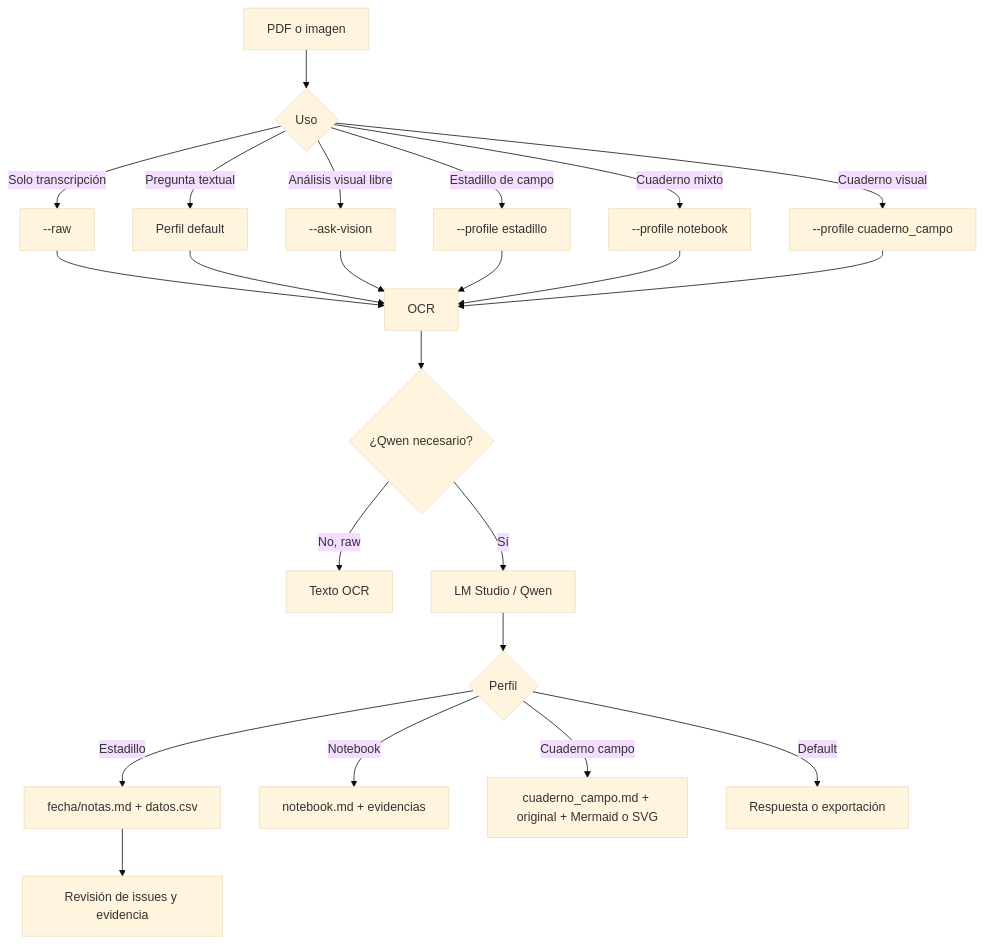
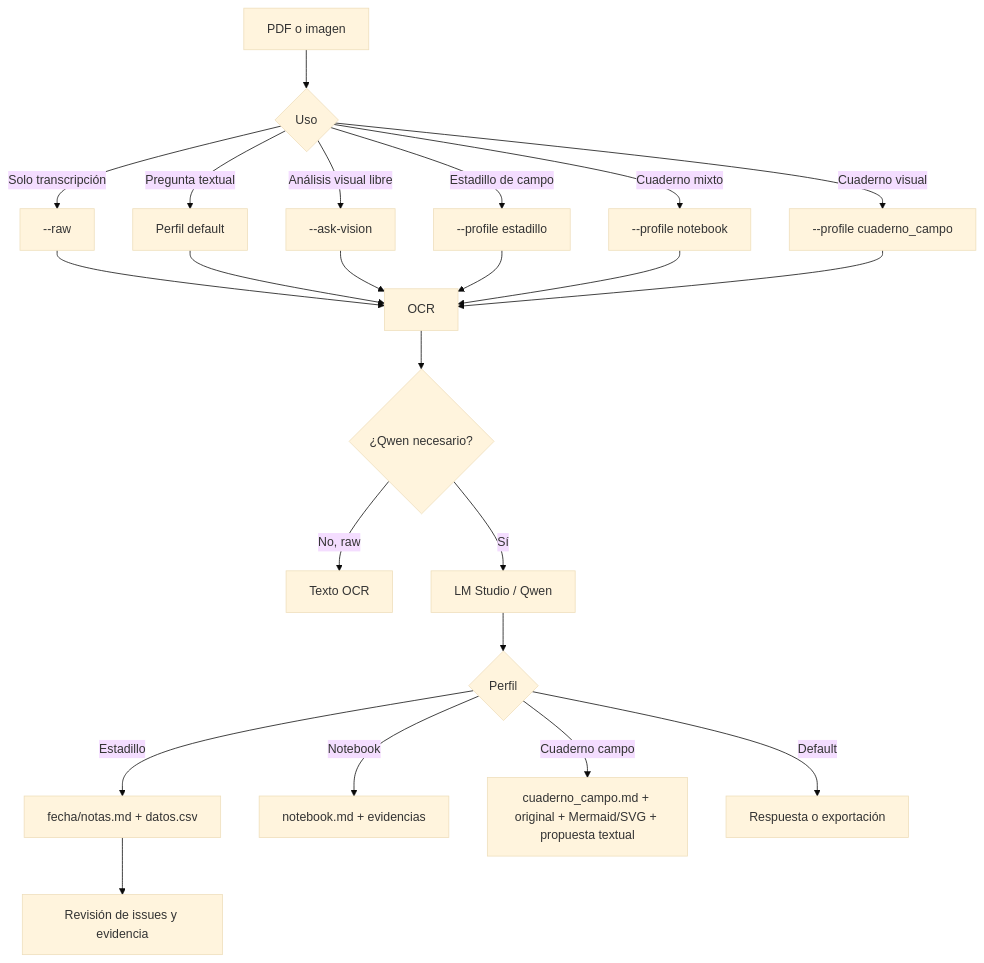
The diagram in README.md (imchrisrueda/unlimited_ocr_agent), drawn with Mermaid (base theme) before and after one commit. The commit also changed other lines of this file and 15 other files, not shown here.

Commit message:
feat: add reviewed textual diagram reconstructions

````diff
--- a/README.md
+++ b/README.md
@@ -193,25 +201,25 @@
 ```mermaid
 flowchart TD
     A[PDF o imagen] --> B{Uso}
     B -->|Solo transcripción| C[--raw]
     B -->|Pregunta textual| D[Perfil default]
     B -->|Análisis visual libre| E[--ask-vision]
     B -->|Estadillo de campo| F[--profile estadillo]
     B -->|Cuaderno mixto| G[--profile notebook]
     B -->|Cuaderno visual| Q[--profile cuaderno_campo]
     C --> H[OCR]
     D --> H
     E --> H
     F --> H
     G --> H
     Q --> H
     H --> I{¿Qwen necesario?}
     I -->|No, raw| J[Texto OCR]
     I -->|Sí| K[LM Studio / Qwen]
     K --> L{Perfil}
     L -->|Estadillo| M[fecha/notas.md + datos.csv]
     L -->|Notebook| N[notebook.md + evidencias]
-    L -->|Cuaderno campo| R[cuaderno_campo.md + original + Mermaid o SVG]
+    L -->|Cuaderno campo| R[cuaderno_campo.md + original + Mermaid/SVG + propuesta textual]
     L -->|Default| O[Respuesta o exportación]
     M --> P[Revisión de issues y evidencia]
 ```
````
